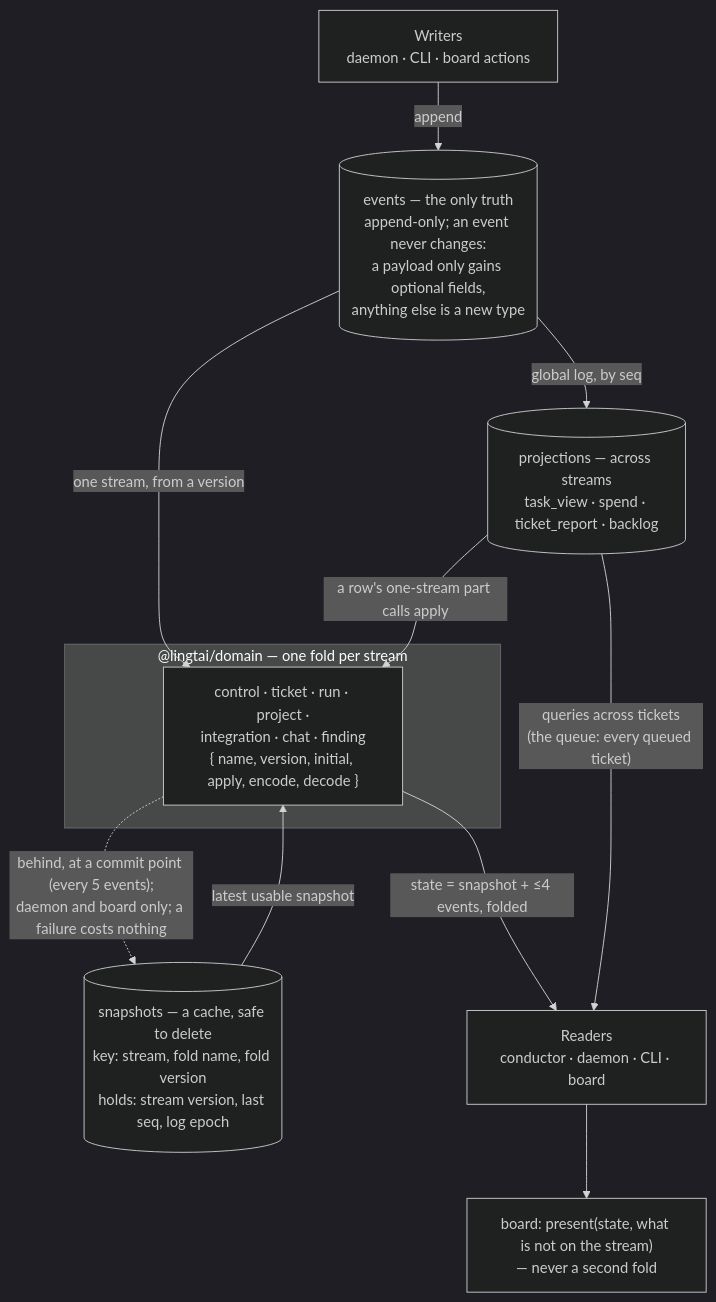
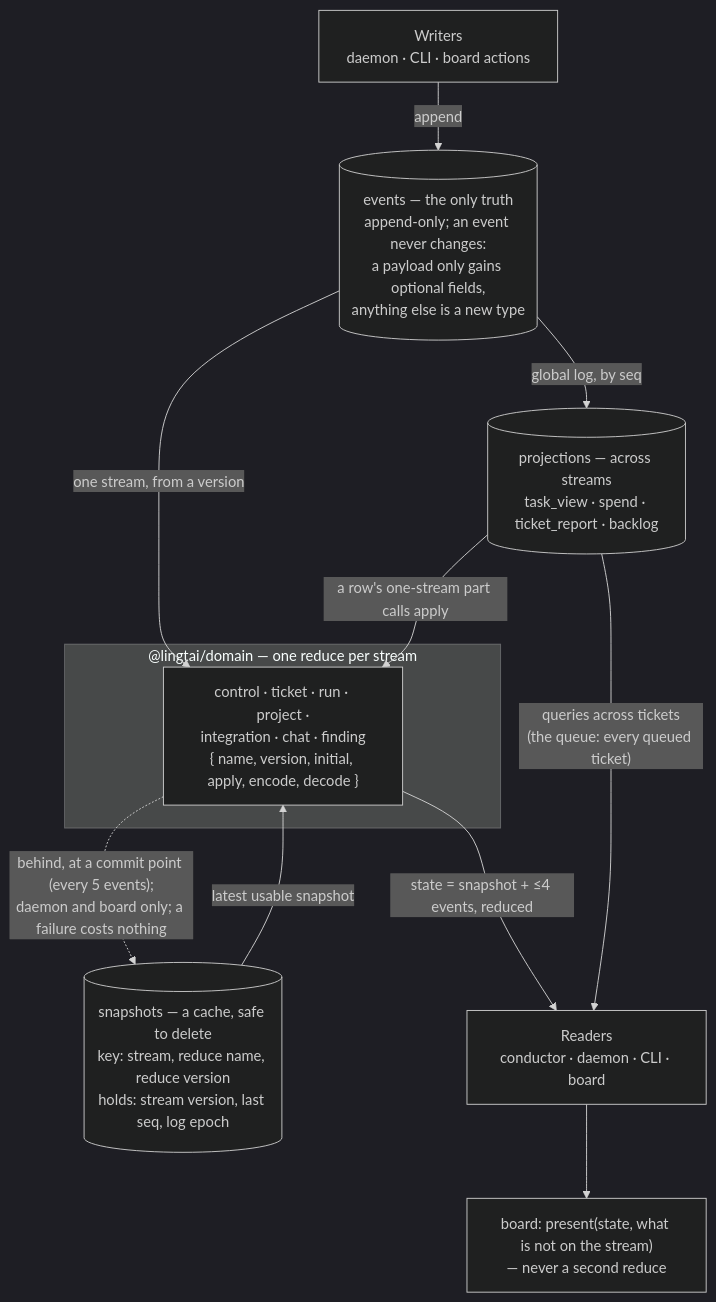
The first of 4 diagrams in doc/design/one-fold-per-stream.md (steven-zhc/lingtai), drawn with Mermaid (dark theme) before and after one commit. The commit also changed other lines of this file and 310 other files, not shown here.

First line of the commit message:
refactor: the one word is reduce — scripted rename of identifiers and prose

````diff
--- a/doc/design/one-fold-per-stream.md
+++ b/doc/design/one-fold-per-stream.md
@@ -31,22 +31,22 @@
 ```mermaid
 flowchart TB
   W["Writers<br/>daemon · CLI · board actions"] -->|append| LOG
   LOG[("events — the only truth<br/>append-only; an event never changes:<br/>a payload only gains optional fields,<br/>anything else is a new type")]
 
-  subgraph DOMAIN["@lingtai/domain — one fold per stream"]
+  subgraph DOMAIN["@lingtai/domain — one reduce per stream"]
     F["control · ticket · run · project ·<br/>integration · chat · finding<br/>{ name, version, initial, apply, encode, decode }"]
   end
 
-  SNAP[("snapshots — a cache, safe to delete<br/>key: stream, fold name, fold version<br/>holds: stream version, last seq, log epoch")]
+  SNAP[("snapshots — a cache, safe to delete<br/>key: stream, reduce name, reduce version<br/>holds: stream version, last seq, log epoch")]
   PROJ[("projections — across streams<br/>task_view · spend · ticket_report · backlog")]
 
   LOG -->|"one stream, from a version"| F
   F -.->|"behind, at a commit point (every 5 events);<br/>daemon and board only; a failure costs nothing"| SNAP
   SNAP -->|"latest usable snapshot"| F
   LOG -->|"global log, by seq"| PROJ
   PROJ -->|"a row's one-stream part calls apply"| F
 
-  F -->|"state = snapshot + ≤4 events, folded"| R["Readers<br/>conductor · daemon · CLI · board"]
+  F -->|"state = snapshot + ≤4 events, reduced"| R["Readers<br/>conductor · daemon · CLI · board"]
   PROJ -->|"queries across tickets<br/>(the queue: every queued ticket)"| R
-  R --> B["board: present(state, what is not on the stream)<br/>— never a second fold"]
+  R --> B["board: present(state, what is not on the stream)<br/>— never a second reduce"]
 ```
````
